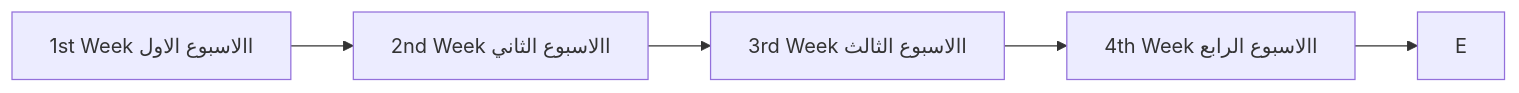
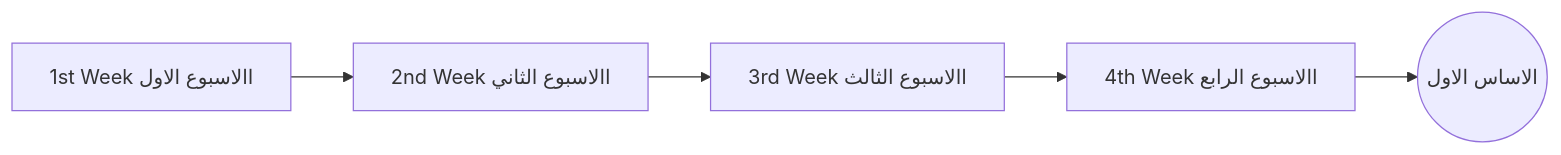
Before and after one commit to metigator/Roadmap: the first of 5 diagrams in README.md, drawn with Mermaid.

````diff
--- a/README.md
+++ b/README.md
@@ -7,7 +7,7 @@
 ```mermaid
 graph LR
     A[1st Week االاسبوع الاول]--> B((Square Rect))
     B[2nd Week االاسبوع الثاني]--> C((Square Rect))
     C[3rd Week االاسبوع الثالث]--> D((Square Rect))
-    D[4th Week االاسبوع الرابع]--> E
+    D[4th Week االاسبوع الرابع]--> E((الاساس الاول))
 ```
````
